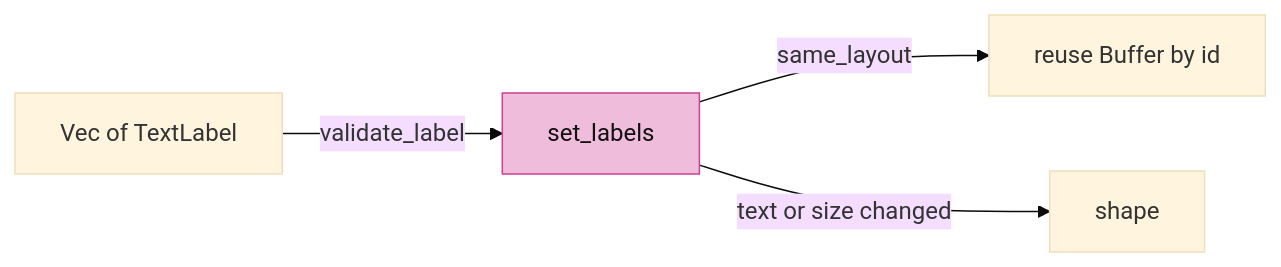
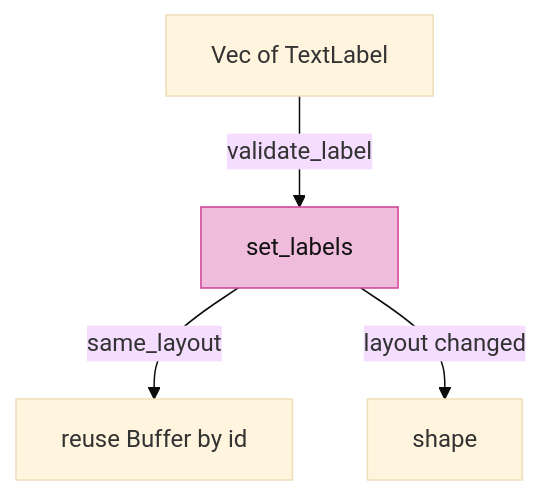
One commit to petrasvestartas/session changed the sixth of 10 diagrams in session_viewer/docs/10-text-layout.md. Above: the diagram before and after it, drawn with Mermaid (base theme). The commit also changed other lines of this file and 34 other files, not shown here.

First line of the commit message:
Course: each lesson teaches its file's final form; diagrams fit the column

````diff
--- a/session_viewer/docs/10-text-layout.md
+++ b/session_viewer/docs/10-text-layout.md
@@ -90,7 +90,7 @@
 ```mermaid
-flowchart LR
+flowchart TB
     A["Vec of TextLabel"] -- "validate_label" --> B["set_labels"]
     B -- "same_layout" --> C["reuse Buffer by id"]
-    B -- "text or size changed" --> D["shape"]
+    B -- "layout changed" --> D["shape"]
     style B fill:#f0bcdb,stroke:#ce4095,color:#111
 ```
````
